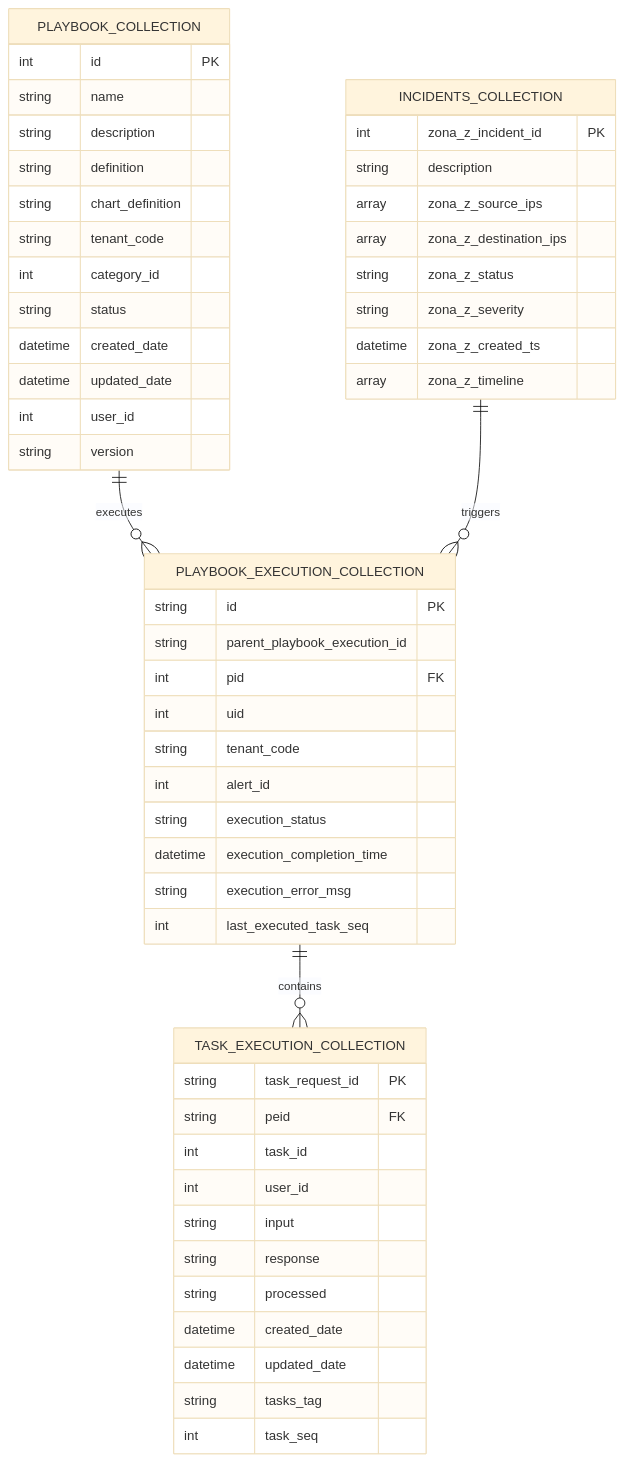
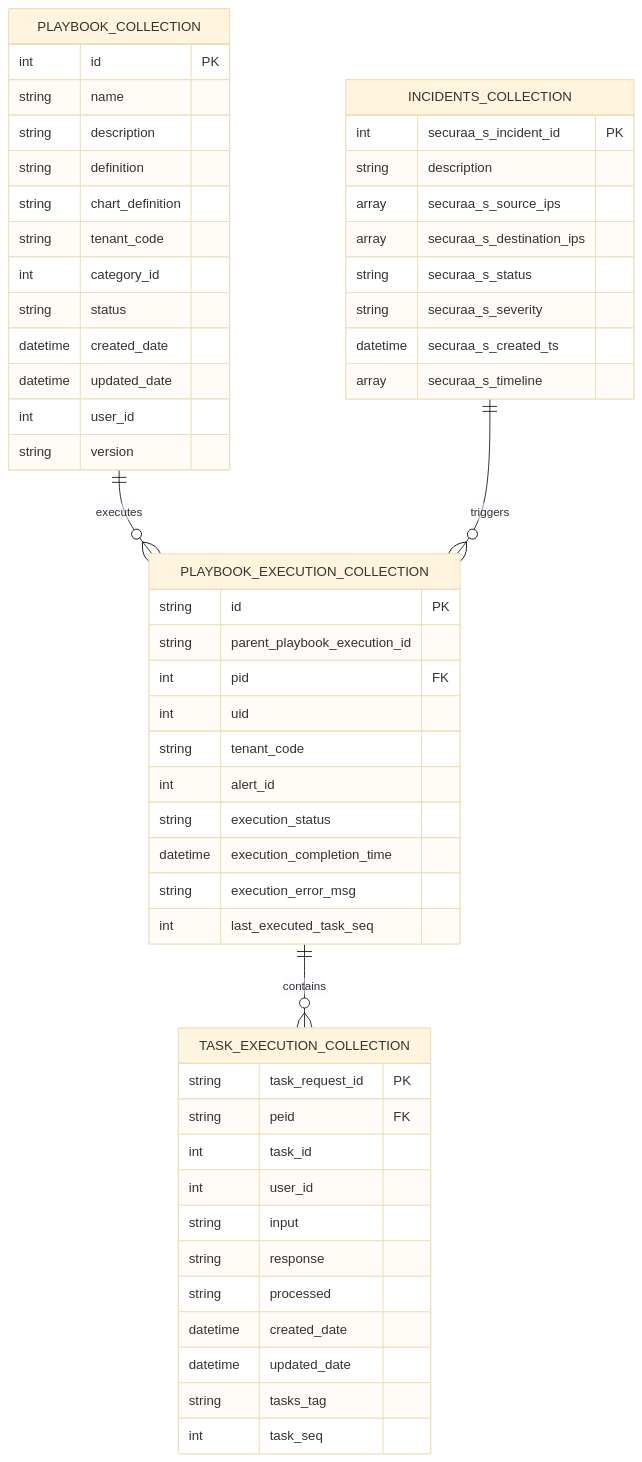
The sixth of 9 diagrams in HIGH_LEVEL_DESIGN.md (Vishwa0220/securaa-internal-documents), drawn with Mermaid (base theme) before and after one commit. The commit also changed other lines of this file, not shown here.

Commit message:
Update HIGH_LEVEL_DESIGN.md: replace zona with securaa and reduce code block spacing

````diff
--- a/HIGH_LEVEL_DESIGN.md
+++ b/HIGH_LEVEL_DESIGN.md
@@ -240,59 +239,59 @@
 ```mermaid
 erDiagram
     PLAYBOOK_COLLECTION {
         int id PK
         string name
         string description
         string definition
         string chart_definition
         string tenant_code
         int category_id
         string status
         datetime created_date
         datetime updated_date
         int user_id
         string version
     }
     
     PLAYBOOK_EXECUTION_COLLECTION {
         string id PK
         string parent_playbook_execution_id
         int pid FK
         int uid
         string tenant_code
         int alert_id
         string execution_status
         datetime execution_completion_time
         string execution_error_msg
         int last_executed_task_seq
     }
     
     TASK_EXECUTION_COLLECTION {
         string task_request_id PK
         string peid FK
         int task_id
         int user_id
         string input
         string response
         string processed
         datetime created_date
         datetime updated_date
         string tasks_tag
         int task_seq
     }
     
     INCIDENTS_COLLECTION {
-        int zona_z_incident_id PK
+        int securaa_s_incident_id PK
         string description
-        array zona_z_source_ips
-        array zona_z_destination_ips
-        string zona_z_status
-        string zona_z_severity
-        datetime zona_z_created_ts
-        array zona_z_timeline
+        array securaa_s_source_ips
+        array securaa_s_destination_ips
+        string securaa_s_status
+        string securaa_s_severity
+        datetime securaa_s_created_ts
+        array securaa_s_timeline
     }
     
     PLAYBOOK_COLLECTION ||--o{ PLAYBOOK_EXECUTION_COLLECTION : executes
     PLAYBOOK_EXECUTION_COLLECTION ||--o{ TASK_EXECUTION_COLLECTION : contains
     INCIDENTS_COLLECTION ||--o{ PLAYBOOK_EXECUTION_COLLECTION : triggers
 ```
````
